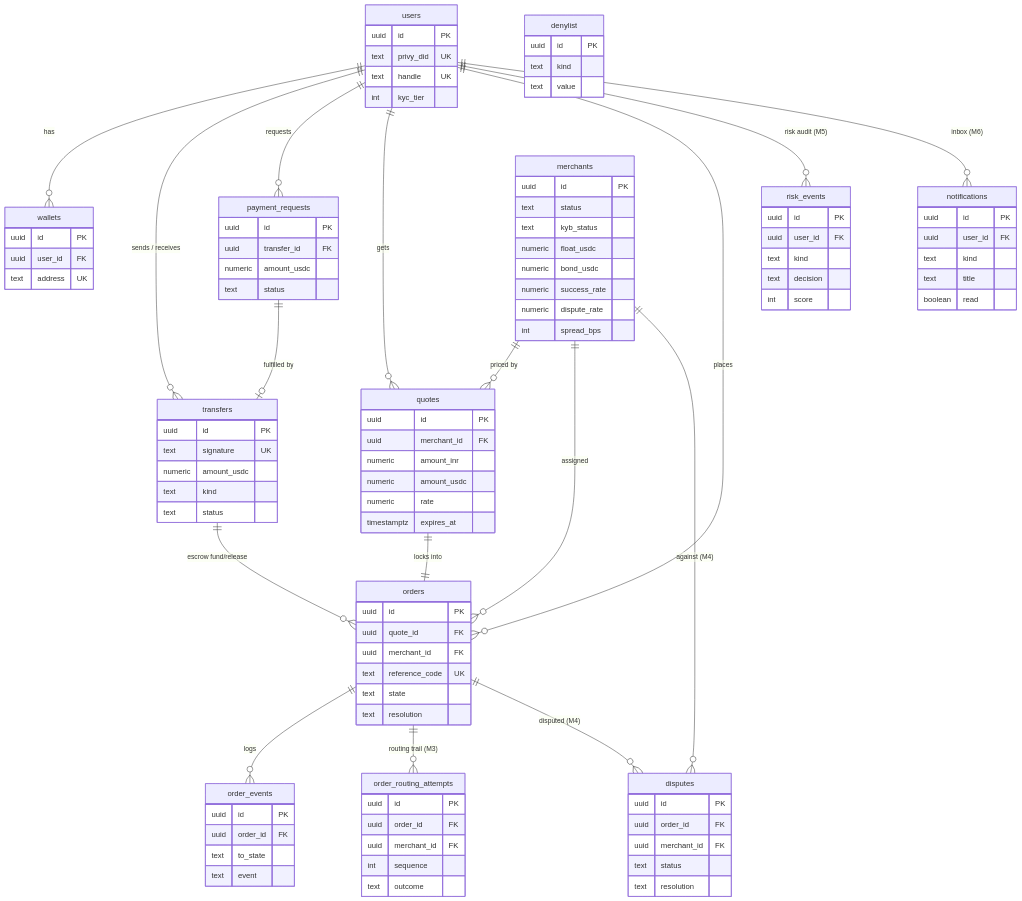
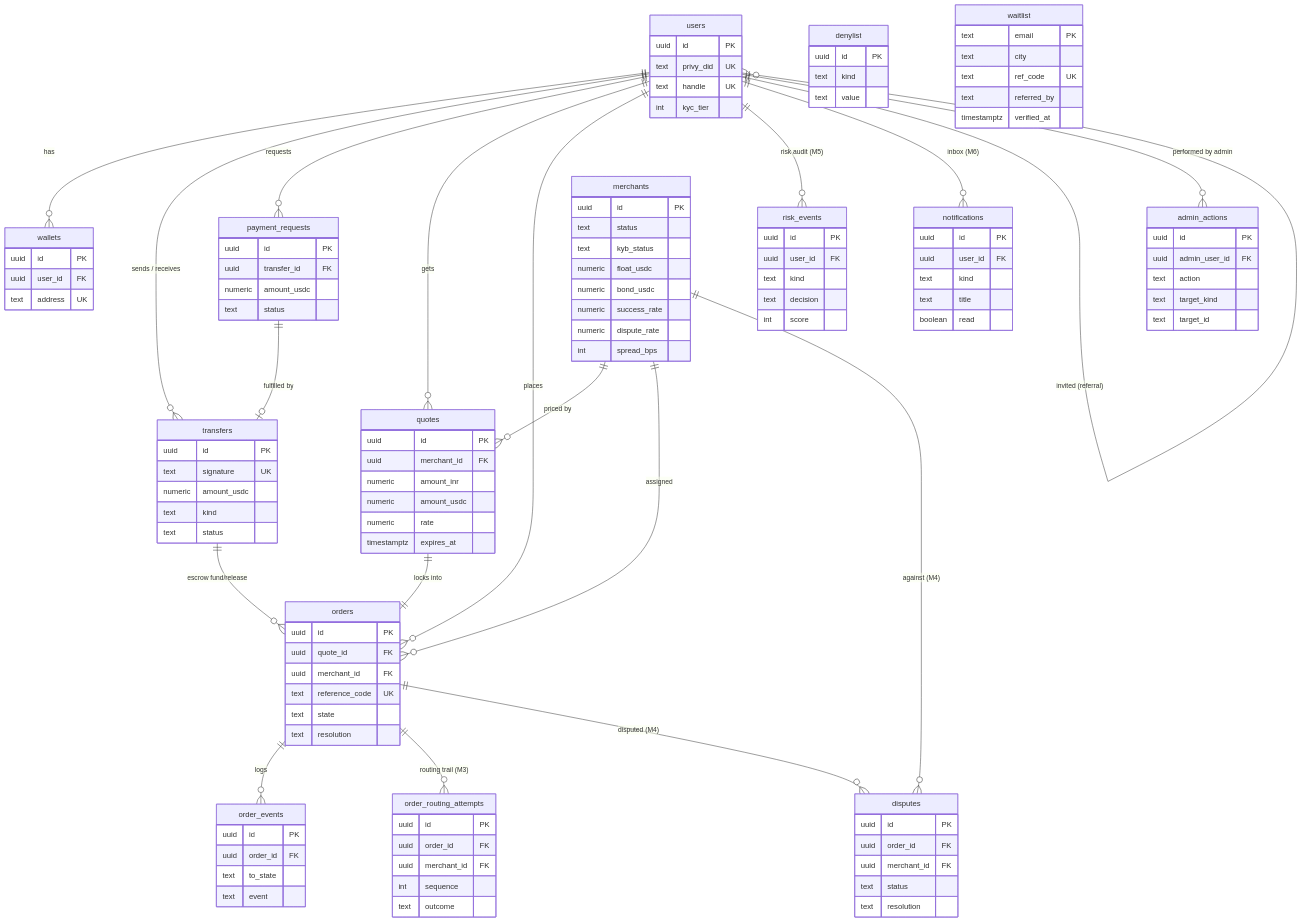
One commit to unabrijed/frenspay changed the diagram in monorepo/docs/10-data-model.md. Above: the diagram before and after it, drawn with Mermaid. The commit also changed other lines of this file and 26 other files, not shown here.

````diff
--- a/monorepo/docs/10-data-model.md
+++ b/monorepo/docs/10-data-model.md
@@ -18,6 +18,8 @@
     users ||--o{ orders : places
     users ||--o{ risk_events : "risk audit (M5)"
     users ||--o{ notifications : "inbox (M6)"
+    users ||--o{ users : "invited (referral)"
+    users ||--o{ admin_actions : "performed by admin"
     merchants ||--o{ quotes : "priced by"
     merchants ||--o{ orders : assigned
     quotes ||--|| orders : "locks into"
@@ -117,4 +119,18 @@
         text title
         boolean read
     }
+    admin_actions {
+        uuid id PK
+        uuid admin_user_id FK
+        text action
+        text target_kind
+        text target_id
+    }
+    waitlist {
+        text email PK
+        text city
+        text ref_code UK
+        text referred_by
+        timestamptz verified_at
+    }
 ```
````
